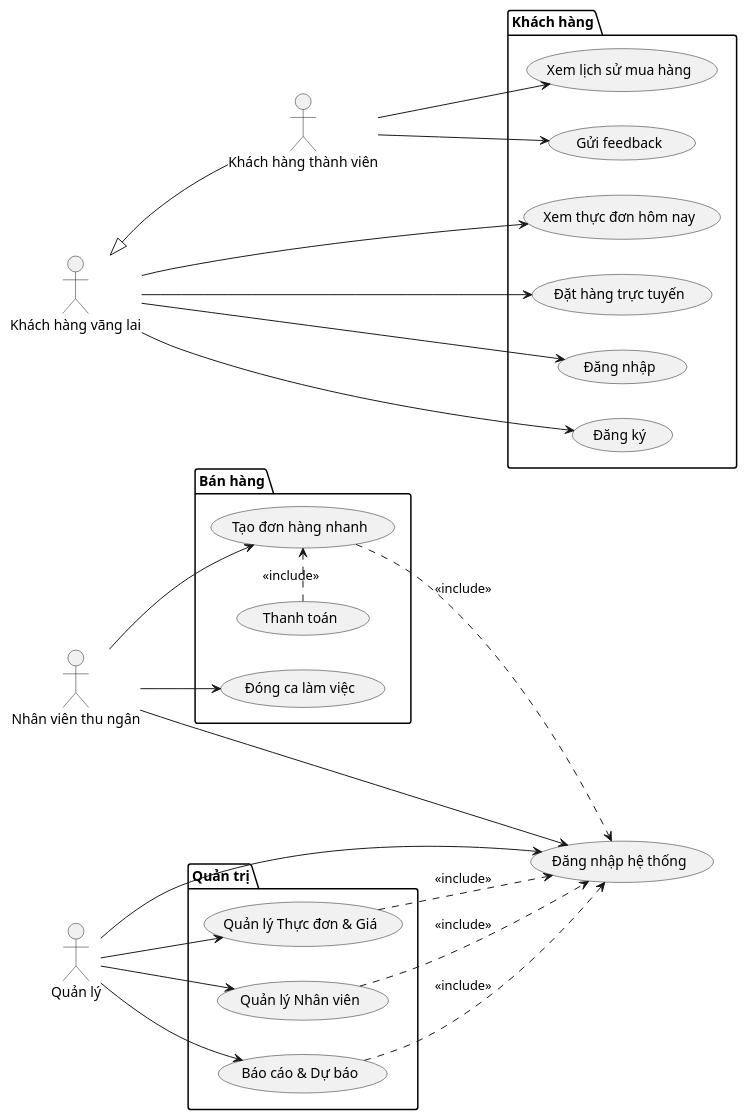
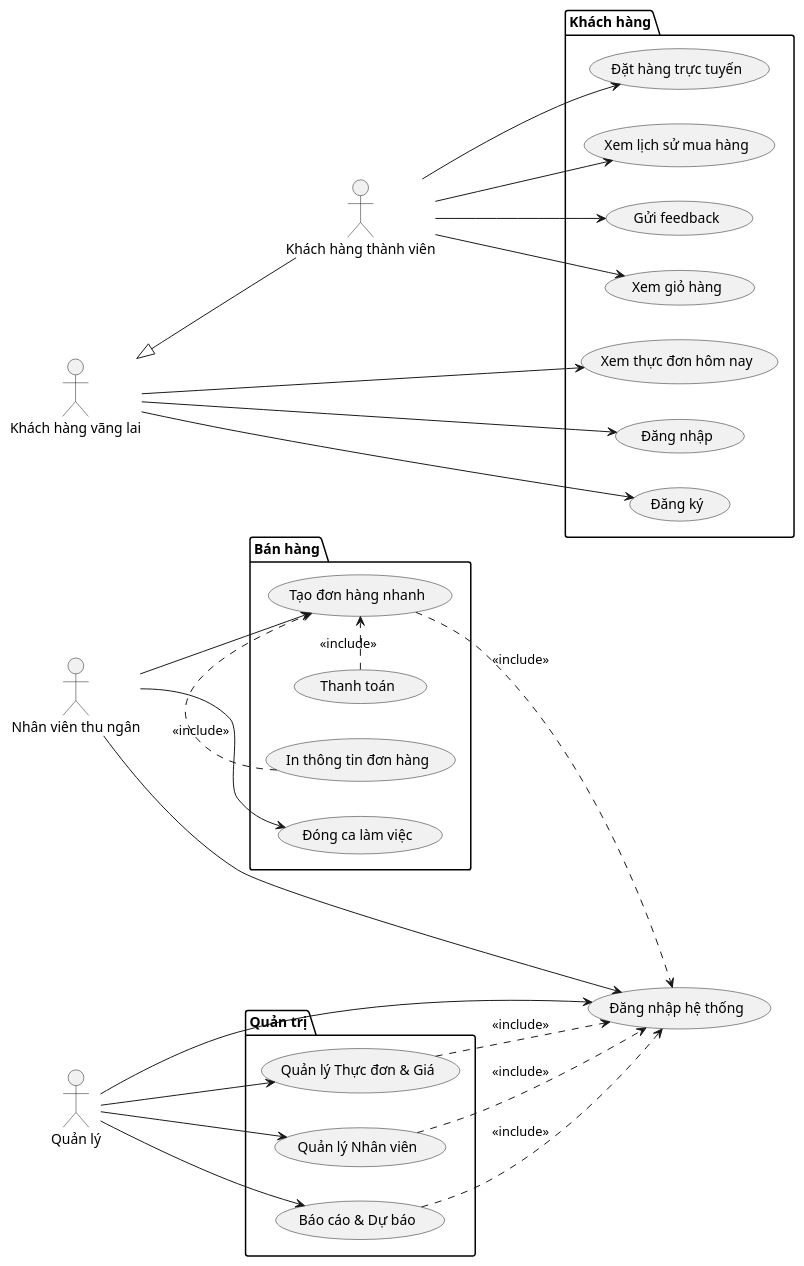
The diagram in docs/diagrams/requirements_phase/use_cases/src/test.puml (LeLuongSWE/final_project), drawn with PlantUML before and after one commit. The commit also changed 147 other files, not shown here.

Commit message:
Hoàn thiện báo cáo thực tập

```diff
--- a/docs/diagrams/requirements_phase/use_cases/src/test.puml
+++ b/docs/diagrams/requirements_phase/use_cases/src/test.puml
@@ -1,66 +1,69 @@
 @startuml Biểu đồ Use Case
 
 skinparam linetype polylin
 left to right direction
 
 
 :Nhân viên thu ngân: as cashier
 :Quản lý: as manager
 :Khách hàng vãng lai: as guest
 :Khách hàng thành viên: as member
 
 guest <|-- member
 
-usecase "Đăng nhập hệ thống" as UC0
+usecase "Đăng nhập hệ thống" as UC_QT0
 
 
 package "Bán hàng" { 
-    usecase "Tạo đơn hàng nhanh" as UC1
-    usecase "Thanh toán" as UC2
-    usecase "Đóng ca làm việc" as UC4
+    usecase "Tạo đơn hàng nhanh" as UC_BH1
+    usecase "Thanh toán" as UC_BH2
+    usecase "Đóng ca làm việc" as UC_BH3
+    usecase "In thông tin đơn hàng" as UC_BH4
 }
 
 package "Quản trị" {
-    usecase "Quản lý Thực đơn & Giá" as UC5
-    usecase "Quản lý Nhân viên" as UC6
-    usecase "Báo cáo & Dự báo" as UC7
+    usecase "Quản lý Thực đơn & Giá" as UC_QT1
+    usecase "Quản lý Nhân viên" as UC_QT2
+    usecase "Báo cáo & Dự báo" as UC_QT3
 }
 
 package "Khách hàng" {
-    usecase "Xem thực đơn hôm nay" as UC8
-    usecase "Đặt hàng trực tuyến" as UC9
-    usecase "Đăng nhập" as UC10
-    usecase "Đăng ký" as UC11
-    usecase "Xem lịch sử mua hàng" as UC12
-    usecase "Gửi feedback" as UC13
+    usecase "Xem thực đơn hôm nay" as UC_KH1
+    usecase "Đặt hàng trực tuyến" as UC_KH2
+    usecase "Đăng nhập" as UC_KH3
+    usecase "Đăng ký" as UC_KH4
+    usecase "Xem lịch sử mua hàng" as UC_KH5
+    usecase "Gửi feedback" as UC_KH6
+    usecase "Xem giỏ hàng" as UC_KH7
 }
 
-cashier --> UC0
-manager --> UC0
+cashier --> UC_QT0
+manager --> UC_QT0
 
 
-UC1 ..> UC0 : <<include>>
-UC5 ..> UC0 : <<include>>
-UC6 ..> UC0 : <<include>>
-UC7 ..> UC0 : <<include>>
+UC_BH1 ..> UC_QT0 : <<include>>
+UC_QT1 ..> UC_QT0 : <<include>>
+UC_QT2 ..> UC_QT0 : <<include>>
+UC_QT3 ..> UC_QT0 : <<include>>
 
-cashier --> UC1
-cashier --> UC4
-UC2 .> UC1 : <<include>>
+cashier --> UC_BH1
+cashier --> UC_BH3
+UC_BH2 .> UC_BH1 : <<include>>
+UC_BH4 .> UC_BH1 : <<include>>
 ' UC3 .> UC2 : <<extend>>
 
 
-manager --> UC5
-manager --> UC6
-manager --> UC7
+manager --> UC_QT1
+manager --> UC_QT2
+manager --> UC_QT3
 
-guest --> UC8
-guest --> UC9
-guest --> UC10
-guest --> UC11
+guest --> UC_KH1
+guest --> UC_KH3
+guest --> UC_KH4
 
-
-member --> UC12
-member --> UC13
+member --> UC_KH2
+member --> UC_KH5
+member --> UC_KH6
+member --> UC_KH7
 
 @enduml
```
